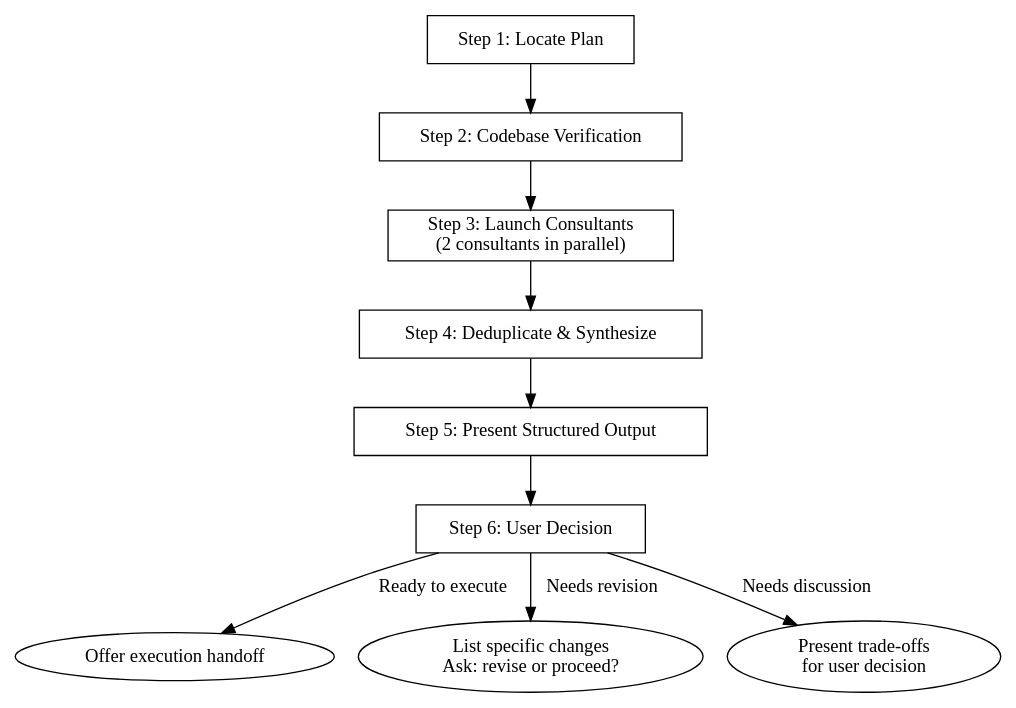
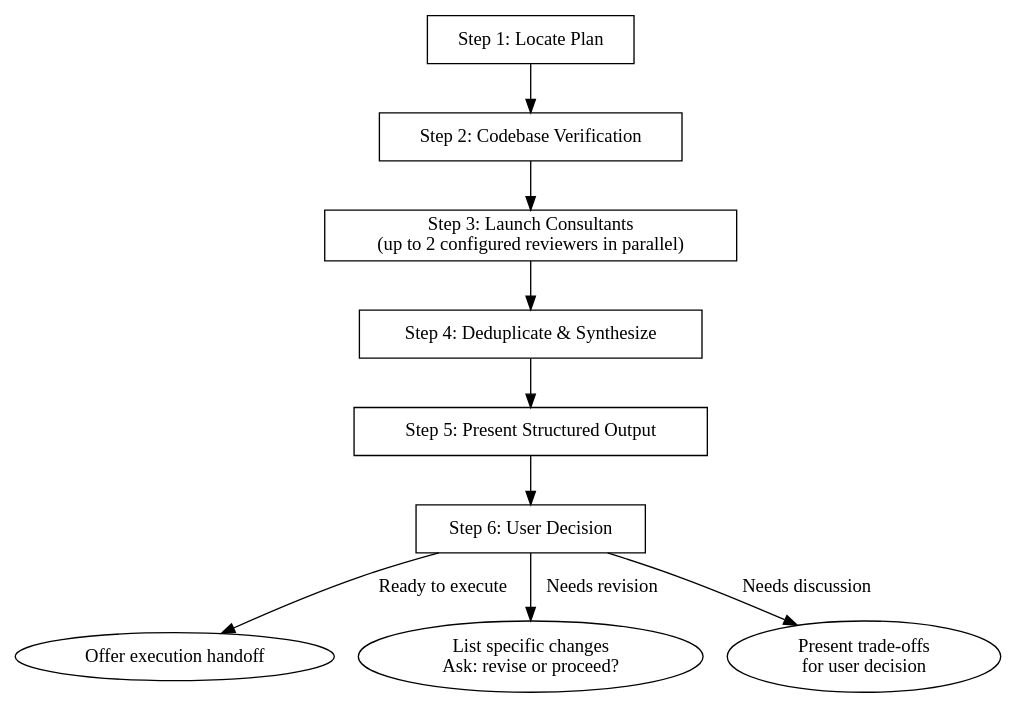
Before and after one commit to rube-de/cc-skills: the diagram in plugins/council/skills/review-plan/SKILL.md, drawn with Graphviz. The commit also changed 2 other files, not shown here.

Commit message:
fix(council): guard zero-available fallback and align command and diagram references

````diff
--- a/plugins/council/skills/review-plan/SKILL.md
+++ b/plugins/council/skills/review-plan/SKILL.md
@@ -18,23 +18,23 @@
 ```dot
 digraph review_plan {
   rankdir=TB;
   node [shape=box];
 
   locate [label="Step 1: Locate Plan"];
   verify [label="Step 2: Codebase Verification"];
-  launch [label="Step 3: Launch Consultants\n(2 consultants in parallel)"];
+  launch [label="Step 3: Launch Consultants\n(up to 2 configured reviewers in parallel)"];
   synthesize [label="Step 4: Deduplicate & Synthesize"];
   present [label="Step 5: Present Structured Output"];
   decide [label="Step 6: User Decision"];
 
   locate -> verify -> launch -> synthesize -> present -> decide;
 
   decide -> execute [label="Ready to execute"];
   decide -> revise [label="Needs revision"];
   decide -> discuss [label="Needs discussion"];
 
   execute [label="Offer execution handoff" shape=ellipse];
   revise [label="List specific changes\nAsk: revise or proceed?" shape=ellipse];
   discuss [label="Present trade-offs\nfor user decision" shape=ellipse];
 }
 ```
````
